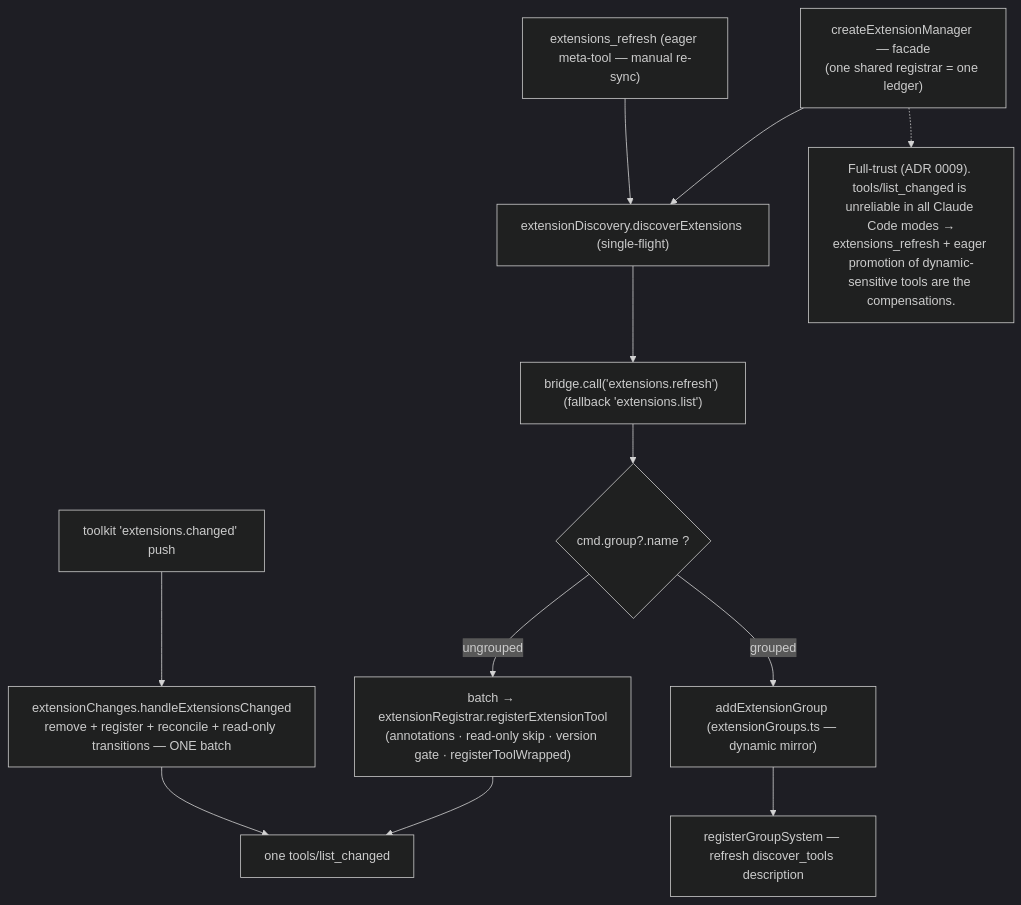
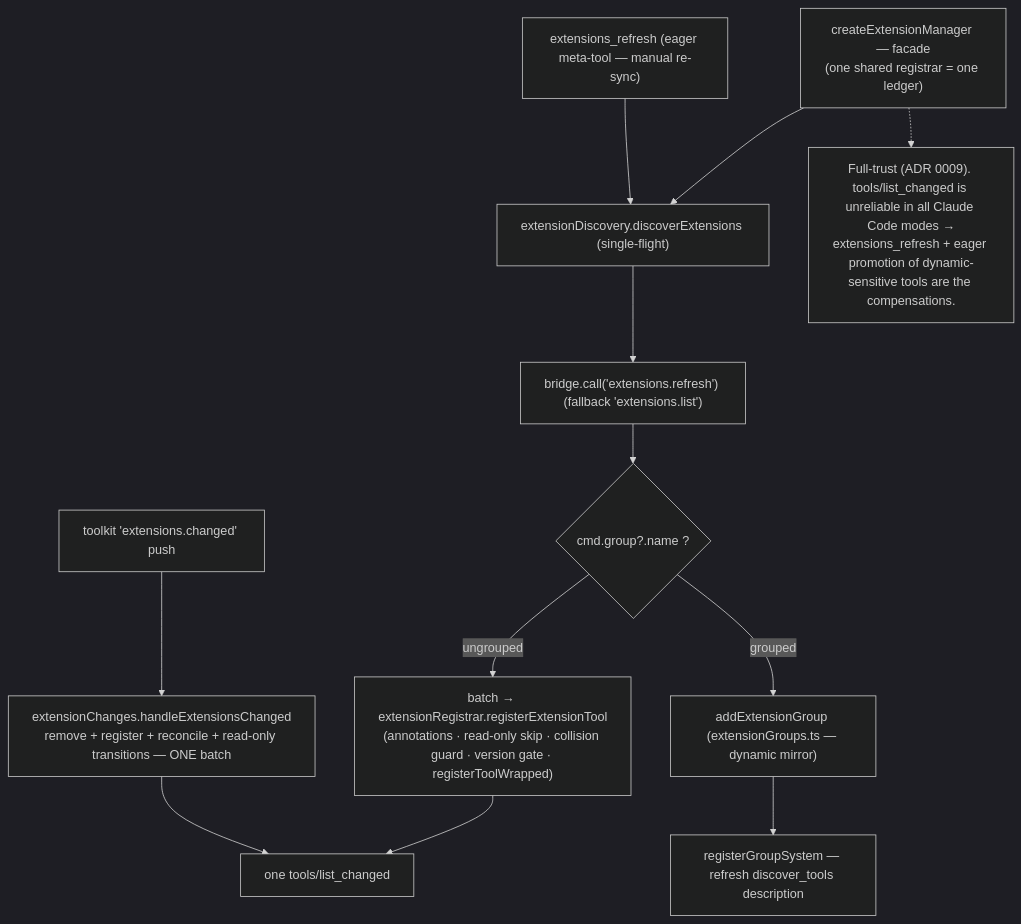
Diagram 13 of 13 in docs/architecture/README.md (NPGameDev/godot-mcp-server), drawn with Mermaid (dark theme) before and after one commit. The commit also changed other lines of this file, not shown here.

First line of the commit message:
docs(architecture): 41n-ter ARC 3 D-ARCHDOC — align arch doc to applied ledger

````diff
--- a/docs/architecture/README.md
+++ b/docs/architecture/README.md
@@ -641,16 +651,16 @@
 ```mermaid
 flowchart TD
     mgr["createExtensionManager — facade<br/>(one shared registrar = one ledger)"]
     mgr --> disc["extensionDiscovery.discoverExtensions (single-flight)"]
     disc --> rpc["bridge.call('extensions.refresh') (fallback 'extensions.list')"]
     rpc --> part{"cmd.group?.name ?"}
-    part -->|"ungrouped"| ung["batch → extensionRegistrar.registerExtensionTool<br/>(annotations · read-only skip · version gate · registerToolWrapped)"]
+    part -->|"ungrouped"| ung["batch → extensionRegistrar.registerExtensionTool<br/>(annotations · read-only skip · collision guard · version gate · registerToolWrapped)"]
     part -->|"grouped"| grp["addExtensionGroup (extensionGroups.ts — dynamic mirror)"]
     ung --> once["one tools/list_changed"]
     grp --> desc["registerGroupSystem — refresh discover_tools description"]
     chg["toolkit 'extensions.changed' push"] --> apply["extensionChanges.handleExtensionsChanged<br/>remove + register + reconcile + read-only transitions — ONE batch"]
     apply --> once
     refresh["extensions_refresh (eager meta-tool — manual re-sync)"] --> disc
     note["Full-trust (ADR 0009). tools/list_changed is unreliable in all Claude Code modes →<br/>extensions_refresh + eager promotion of dynamic-sensitive tools are the compensations."]
     mgr -.-> note
 ```
````
